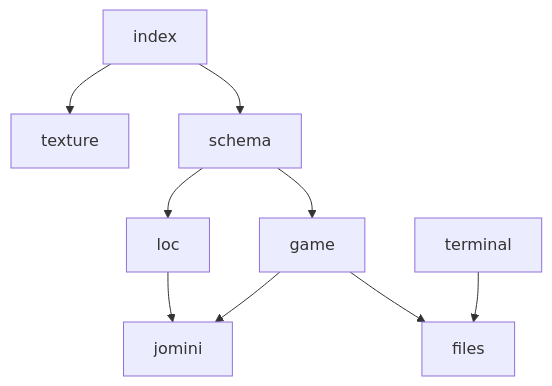
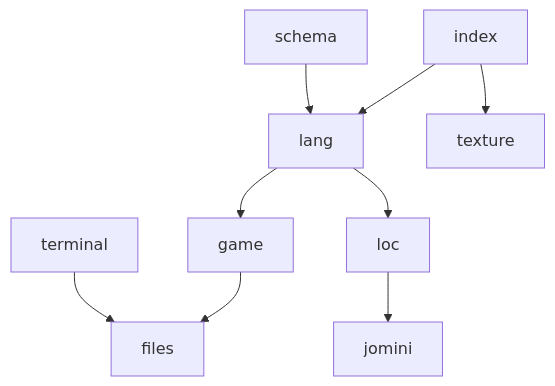
The second of 7 diagrams in docs/ARCHITECTURE.md (idodavis/paradox-modding-tools), drawn with Mermaid before and after one commit. The commit also changed other lines of this file and 126 other files, not shown here.

Commit message:
Main portion of refactor done. Split schema into two packages to support more sensible and logical design. More to come

````diff
--- a/docs/ARCHITECTURE.md
+++ b/docs/ARCHITECTURE.md
@@ -69,11 +70,11 @@
 ```mermaid
 flowchart TD
-  index --> schema
+  index --> lang
   index --> texture
-  schema --> game
-  schema --> loc
+  schema --> lang
+  lang --> game
+  lang --> loc
   game --> files
-  game --> jomini
   loc --> jomini
   terminal --> files
 ```
````
